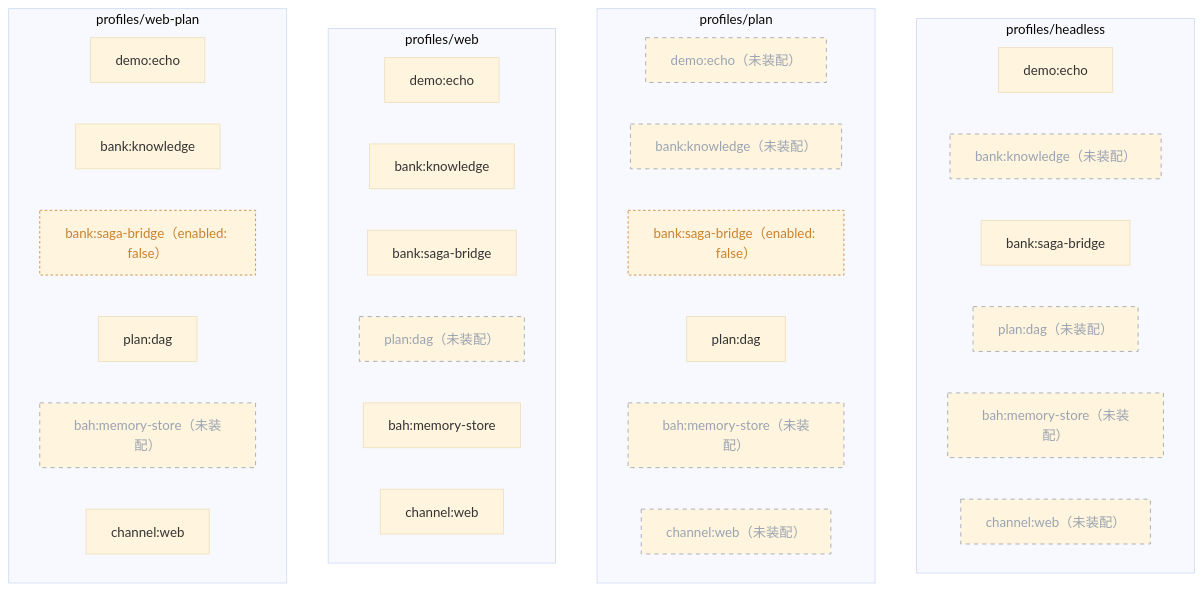
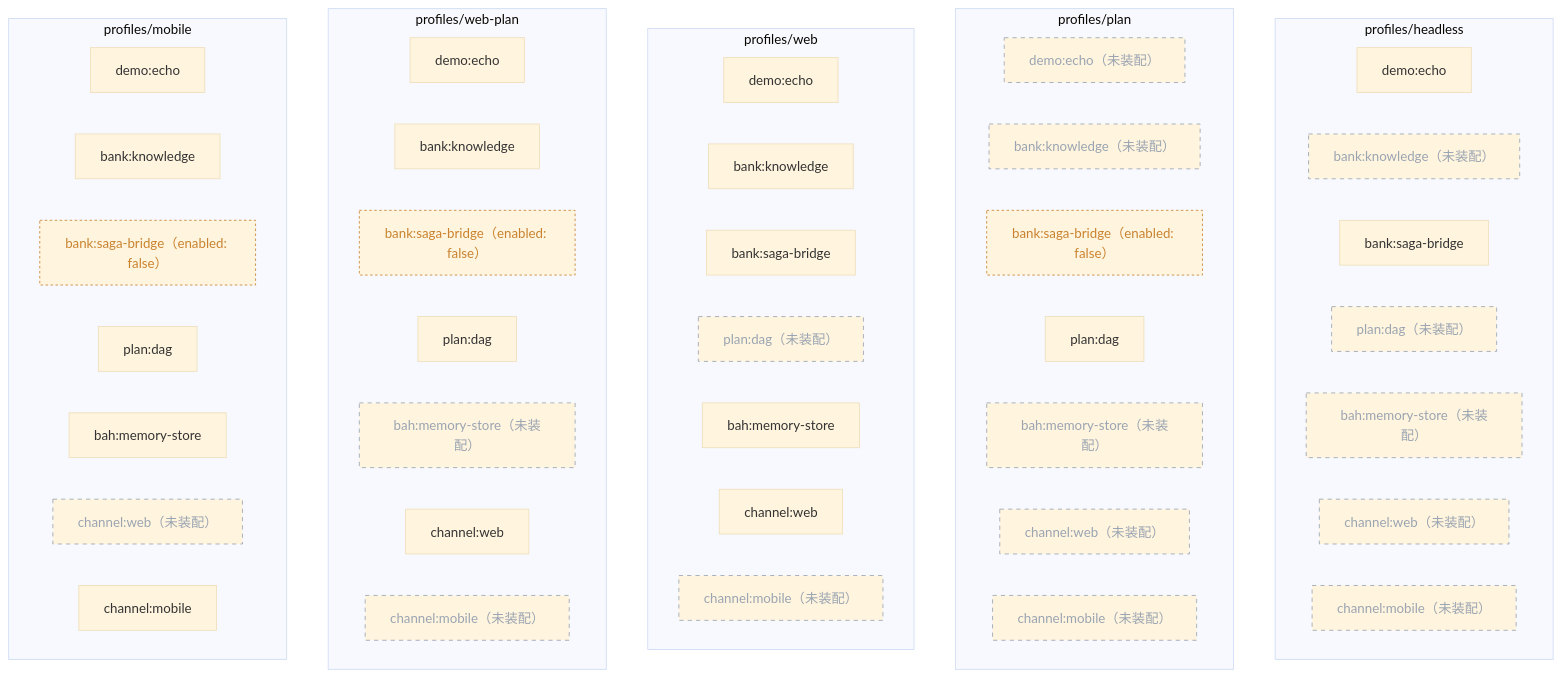
The second of 2 diagrams in docs/architecture.md (YYYPROBEE/BAH), drawn with Mermaid (base theme) before and after one commit. The commit also changed other lines of this file and 471 other files, not shown here.

````diff
--- a/docs/architecture.md
+++ b/docs/architecture.md
@@ -183,39 +198,52 @@
 ```mermaid
 graph TB
   subgraph P_headless["profiles/headless"]
-    p7_headless["demo:echo"]
-    p10_headless["bank:knowledge（未装配）"]
-    p18_headless["bank:saga-bridge"]
-    p19_headless["plan:dag（未装配）"]
-    p20_headless["bah:memory-store（未装配）"]
-    p21_headless["channel:web（未装配）"]
+    p8_headless["demo:echo"]
+    p11_headless["bank:knowledge（未装配）"]
+    p19_headless["bank:saga-bridge"]
+    p20_headless["plan:dag（未装配）"]
+    p21_headless["bah:memory-store（未装配）"]
+    p24_headless["channel:web（未装配）"]
+    p25_headless["channel:mobile（未装配）"]
   end
   subgraph P_plan["profiles/plan"]
-    p7_plan["demo:echo（未装配）"]
-    p10_plan["bank:knowledge（未装配）"]
-    p18_plan["bank:saga-bridge（enabled: false）"]
-    p19_plan["plan:dag"]
-    p20_plan["bah:memory-store（未装配）"]
-    p21_plan["channel:web（未装配）"]
+    p8_plan["demo:echo（未装配）"]
+    p11_plan["bank:knowledge（未装配）"]
+    p19_plan["bank:saga-bridge（enabled: false）"]
+    p20_plan["plan:dag"]
+    p21_plan["bah:memory-store（未装配）"]
+    p24_plan["channel:web（未装配）"]
+    p25_plan["channel:mobile（未装配）"]
   end
   subgraph P_web["profiles/web"]
-    p7_web["demo:echo"]
-    p10_web["bank:knowledge"]
-    p18_web["bank:saga-bridge"]
-    p19_web["plan:dag（未装配）"]
-    p20_web["bah:memory-store"]
-    p21_web["channel:web"]
+    p8_web["demo:echo"]
+    p11_web["bank:knowledge"]
+    p19_web["bank:saga-bridge"]
+    p20_web["plan:dag（未装配）"]
+    p21_web["bah:memory-store"]
+    p24_web["channel:web"]
+    p25_web["channel:mobile（未装配）"]
   end
   subgraph P_web-plan["profiles/web-plan"]
-    p7_web-plan["demo:echo"]
-    p10_web-plan["bank:knowledge"]
-    p18_web-plan["bank:saga-bridge（enabled: false）"]
-    p19_web-plan["plan:dag"]
-    p20_web-plan["bah:memory-store（未装配）"]
-    p21_web-plan["channel:web"]
+    p8_web-plan["demo:echo"]
+    p11_web-plan["bank:knowledge"]
+    p19_web-plan["bank:saga-bridge（enabled: false）"]
+    p20_web-plan["plan:dag"]
+    p21_web-plan["bah:memory-store（未装配）"]
+    p24_web-plan["channel:web"]
+    p25_web-plan["channel:mobile（未装配）"]
+  end
+  subgraph P_mobile["profiles/mobile"]
+    p8_mobile["demo:echo"]
+    p11_mobile["bank:knowledge"]
+    p19_mobile["bank:saga-bridge（enabled: false）"]
+    p20_mobile["plan:dag"]
+    p21_mobile["bah:memory-store"]
+    p24_mobile["channel:web（未装配）"]
+    p25_mobile["channel:mobile"]
   end
   classDef ghost stroke-dasharray: 5 5,stroke:#9aa4b2,color:#9aa4b2
   classDef off stroke-dasharray: 3 3,stroke:#c9822f,color:#c9822f
-  class p10_headless,p19_headless,p20_headless,p21_headless,p7_plan,p10_plan,p20_plan,p21_plan,p19_web,p20_web-plan ghost
-  class p18_plan,p18_web-plan off
+  class p11_headless,p20_headless,p21_headless,p24_headless,p25_headless,p8_plan,p11_plan,p21_plan,p24_plan,p25_plan,p20_web,p25_web,p21_web-plan,p25_web-plan,p24_mobile ghost
+  class p19_plan,p19_web-plan,p19_mobile off
 ```
````
